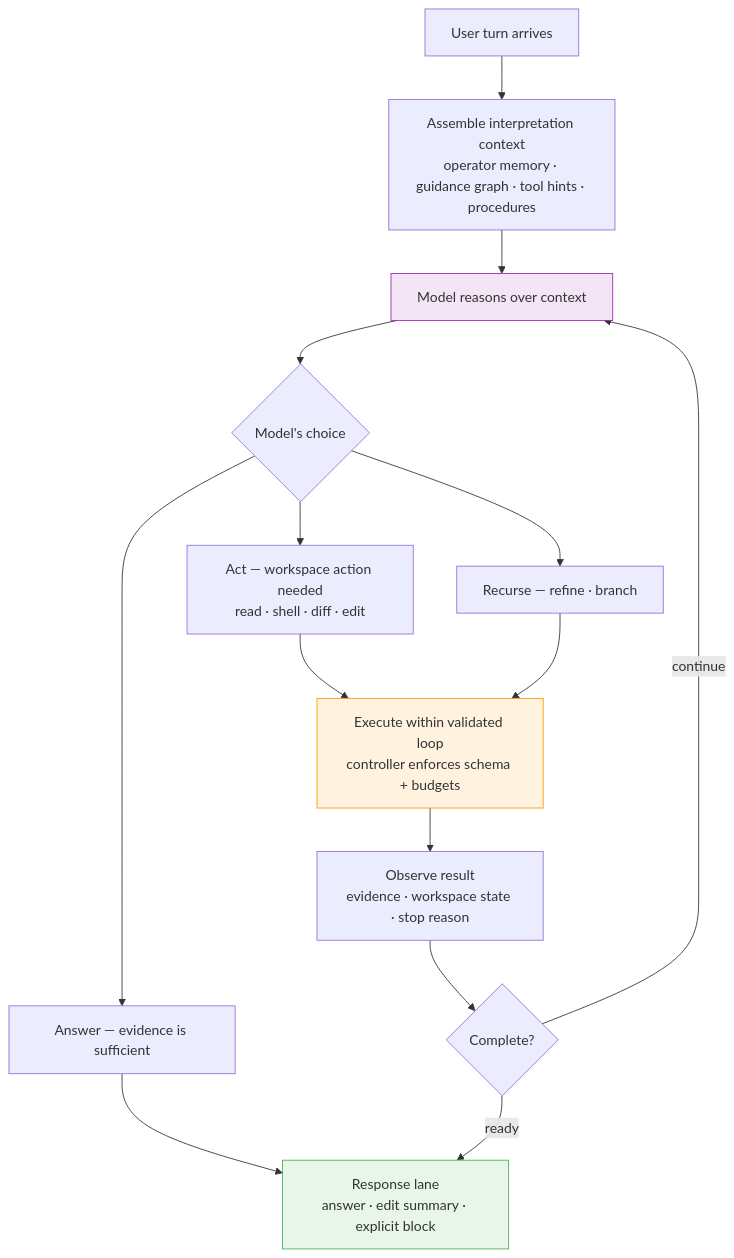
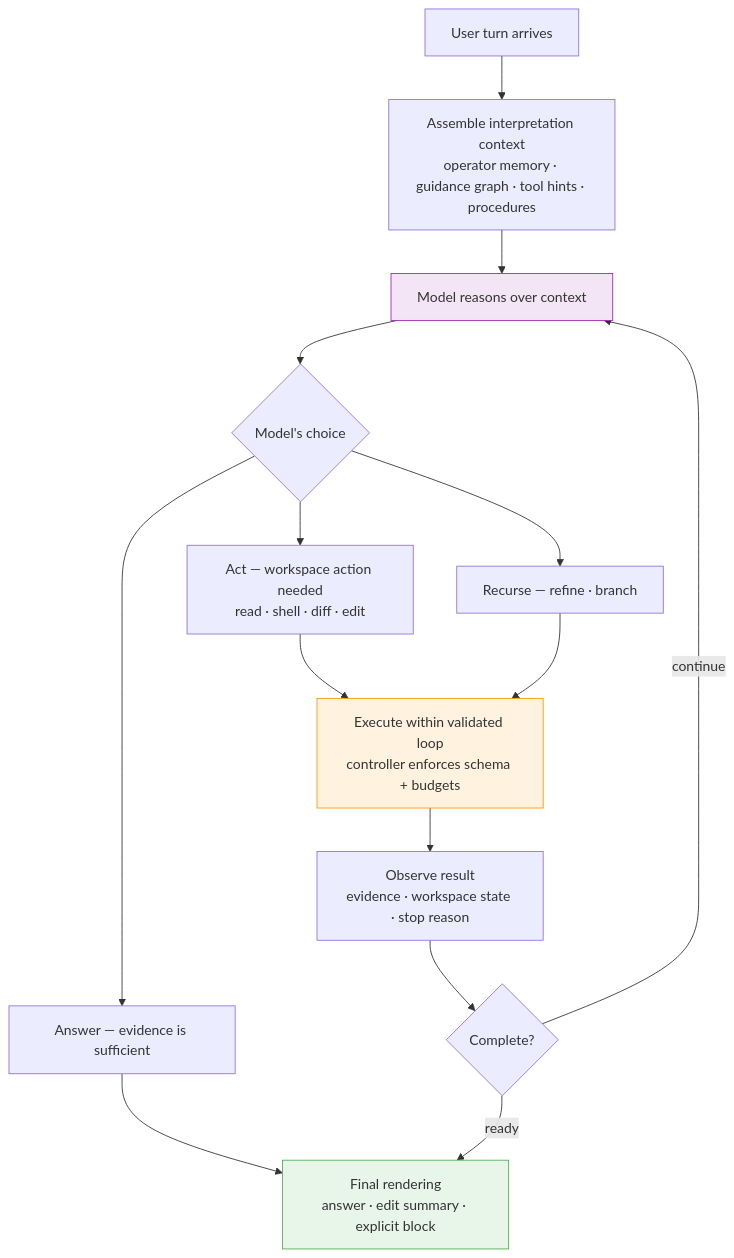
Before and after one commit to spoke-sh/paddles: the third of 6 diagrams in README.md, drawn with Mermaid. The commit also changed other lines of this file and 39 other files, not shown here.

````diff
--- a/README.md
+++ b/README.md
@@ -157,26 +157,26 @@
 ```mermaid
 flowchart TD
     U["User turn arrives"]
     I["Assemble interpretation context<br/>operator memory · guidance graph · tool hints · procedures"]
     M["Model reasons over context"]
     C{"Model's choice"}
     A["Answer — evidence is sufficient"]
     T["Act — workspace action needed<br/>read · shell · diff · edit"]
     R["Recurse — refine · branch"]
     L["Execute within validated loop<br/>controller enforces schema + budgets"]
     E["Observe result<br/>evidence · workspace state · stop reason"]
     Q{"Complete?"}
-    S["Response lane<br/>answer · edit summary · explicit block"]
+    S["Final rendering<br/>answer · edit summary · explicit block"]
 
     U --> I --> M --> C
     C --> A --> S
     C --> T --> L
     C --> R --> L
     L --> E --> Q
     Q -->|"continue"| M
     Q -->|"ready"| S
 
     style M fill:#f3e5f5,stroke:#9C27B0
     style L fill:#fff3e0,stroke:#FF9800
     style S fill:#e8f5e9,stroke:#4CAF50
 ```
````
